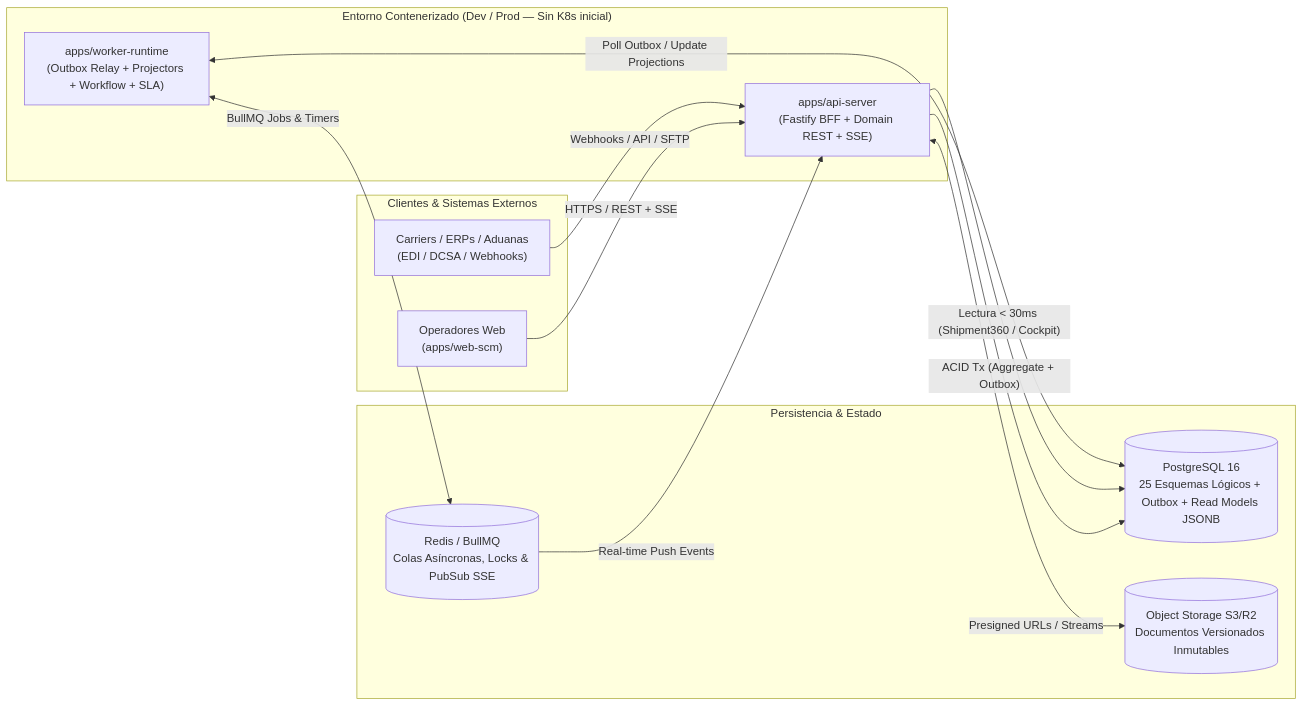
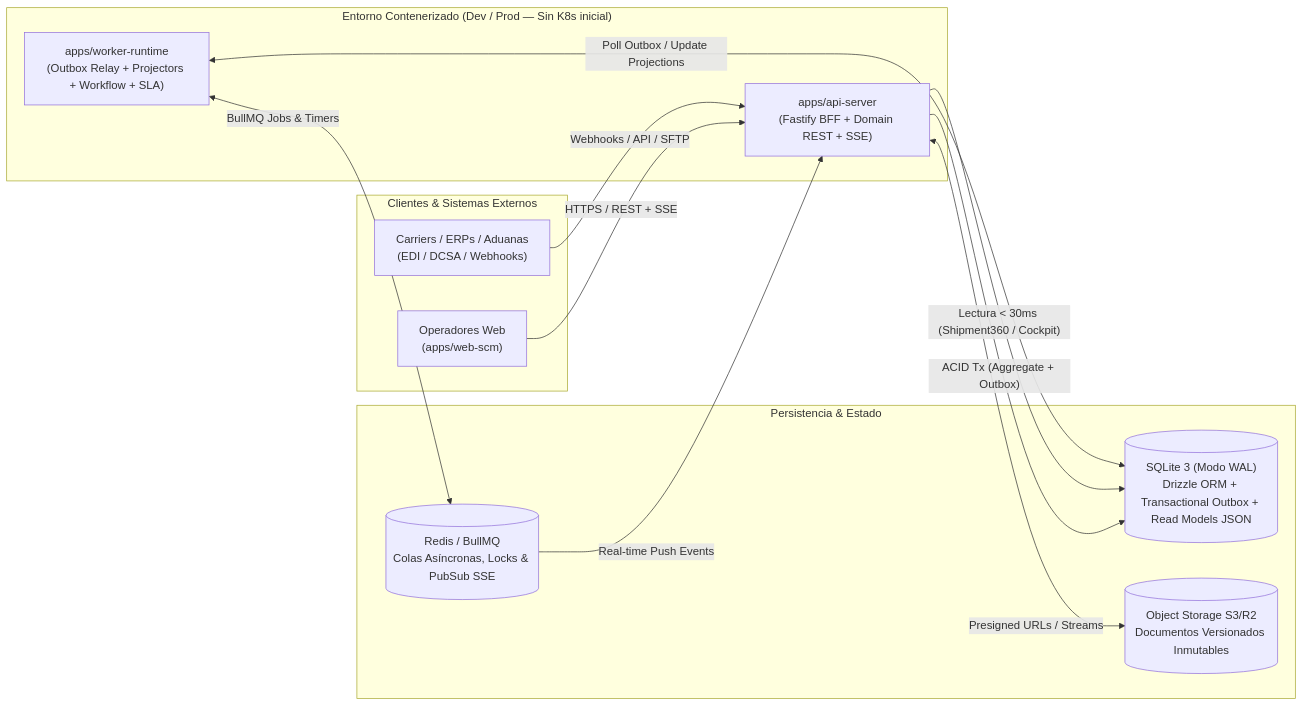
Before and after one commit to xpallares1987-ai/Atlas-Logistics: the fifth of 5 diagrams in docs/architecture/SCM_ARCHITECTURE_BLUEPRINT_V1.md, drawn with Mermaid. The commit also changed other lines of this file and 30 other files, not shown here.

````diff
--- a/docs/architecture/SCM_ARCHITECTURE_BLUEPRINT_V1.md
+++ b/docs/architecture/SCM_ARCHITECTURE_BLUEPRINT_V1.md
@@ -1349,27 +1349,27 @@
 ```mermaid
 flowchart LR
     subgraph Clients["Clientes & Sistemas Externos"]
         BROWSER["Operadores Web<br/>(apps/web-scm)"]
         PARTNERS["Carriers / ERPs / Aduanas<br/>(EDI / DCSA / Webhooks)"]
     end
 
     subgraph Runtime["Entorno Contenerizado (Dev / Prod — Sin K8s inicial)"]
         API["apps/api-server<br/>(Fastify BFF + Domain REST + SSE)"]
         WRK["apps/worker-runtime<br/>(Outbox Relay + Projectors + Workflow + SLA)"]
     end
 
     subgraph Data["Persistencia & Estado"]
-        PG[("PostgreSQL 16<br/>25 Esquemas Lógicos + Outbox + Read Models JSONB")]
+        SQLITE[("SQLite 3 (Modo WAL)<br/>Drizzle ORM + Transactional Outbox + Read Models JSON")]
         REDIS[("Redis / BullMQ<br/>Colas Asíncronas, Locks & PubSub SSE")]
         S3[("Object Storage S3/R2<br/>Documentos Versionados Inmutables")]
     end
 
     BROWSER -->|"HTTPS / REST + SSE"| API
     PARTNERS -->|"Webhooks / API / SFTP"| API
-    API -->|"ACID Tx (Aggregate + Outbox)"| PG
-    API -->|"Lectura < 30ms (Shipment360 / Cockpit)"| PG
+    API -->|"ACID Tx (Aggregate + Outbox)"| SQLITE
+    API -->|"Lectura < 30ms (Shipment360 / Cockpit)"| SQLITE
     API <-->|"Presigned URLs / Streams"| S3
-    WRK <-->|"Poll Outbox / Update Projections"| PG
+    WRK <-->|"Poll Outbox / Update Projections"| SQLITE
     WRK <-->|"BullMQ Jobs & Timers"| REDIS
     REDIS -->|"Real-time Push Events"| API
 ```
````
